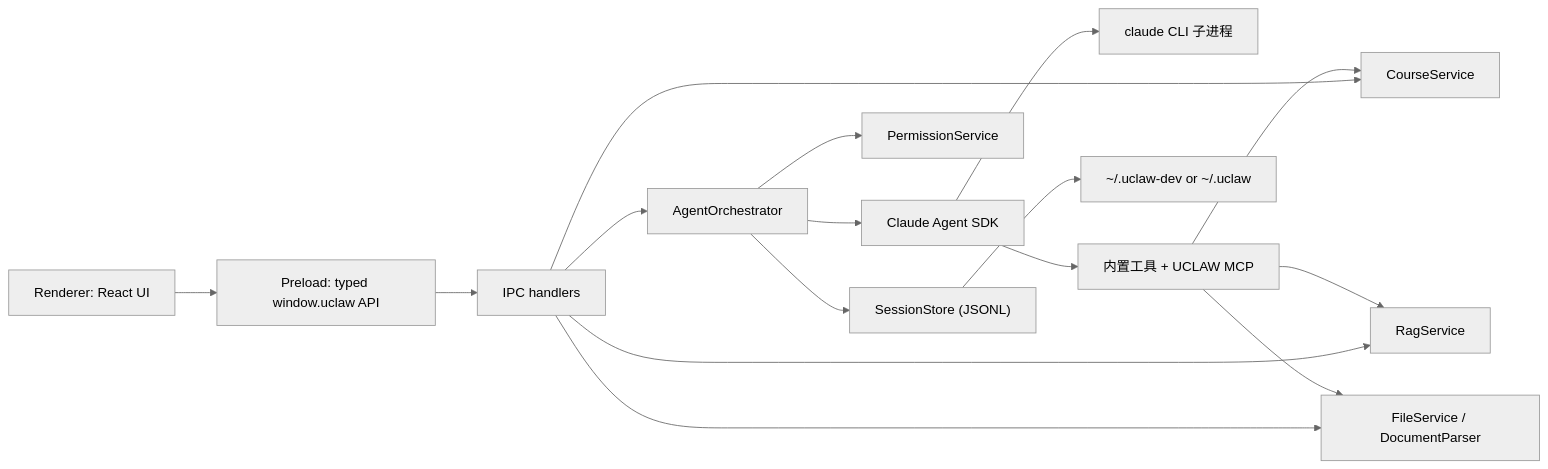
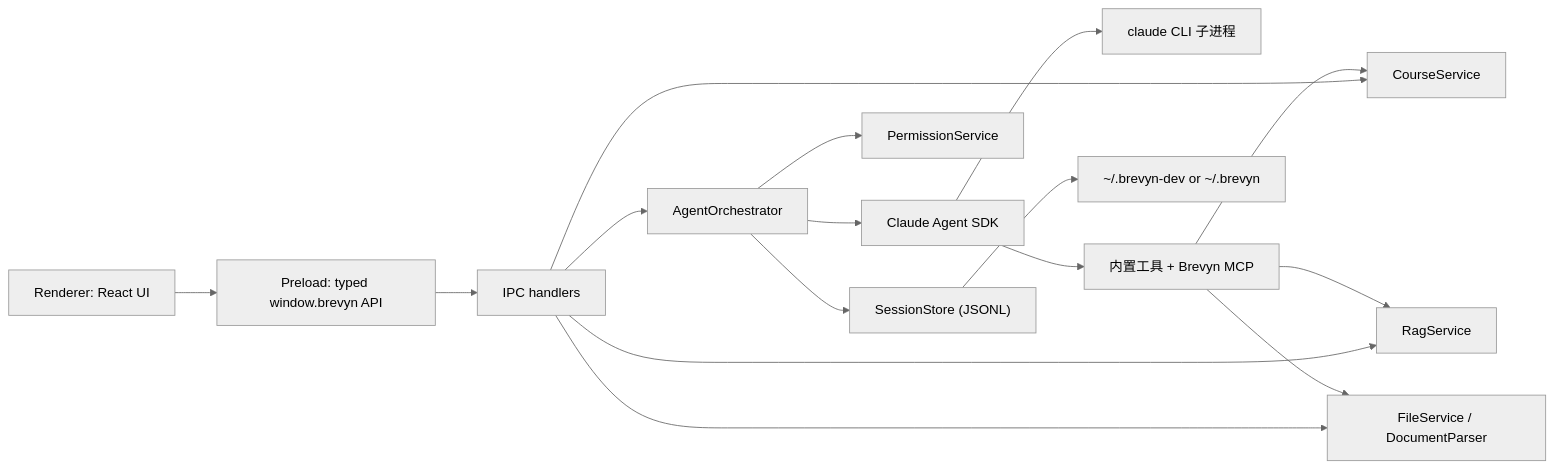
Before and after one commit to KOIAI777/brevyn-desktop: the first of 3 diagrams in docs/architecture.md, drawn with Mermaid (neutral theme). The commit also changed other lines of this file and 38 other files, not shown here.

Commit message:
Prepare Brevyn agent SDK architecture

````diff
--- a/docs/architecture.md
+++ b/docs/architecture.md
@@ -53,18 +53,18 @@
 ```mermaid
 flowchart LR
-  UI["Renderer: React UI"] --> Bridge["Preload: typed window.uclaw API"]
+  UI["Renderer: React UI"] --> Bridge["Preload: typed window.brevyn API"]
   Bridge --> IPC["IPC handlers"]
   IPC --> Course["CourseService"]
   IPC --> File["FileService / DocumentParser"]
   IPC --> RAG["RagService"]
   IPC --> Agent["AgentOrchestrator"]
   Agent --> SDK["Claude Agent SDK"]
   SDK --> Spawn["claude CLI 子进程"]
   Agent --> Policy["PermissionService"]
   Agent --> Store["SessionStore (JSONL)"]
-  SDK --> Tools["内置工具 + UCLAW MCP"]
+  SDK --> Tools["内置工具 + Brevyn MCP"]
   Tools --> RAG
   Tools --> Course
   Tools --> File
-  Store --> Local["~/.uclaw-dev or ~/.uclaw"]
+  Store --> Local["~/.brevyn-dev or ~/.brevyn"]
 ```
````
